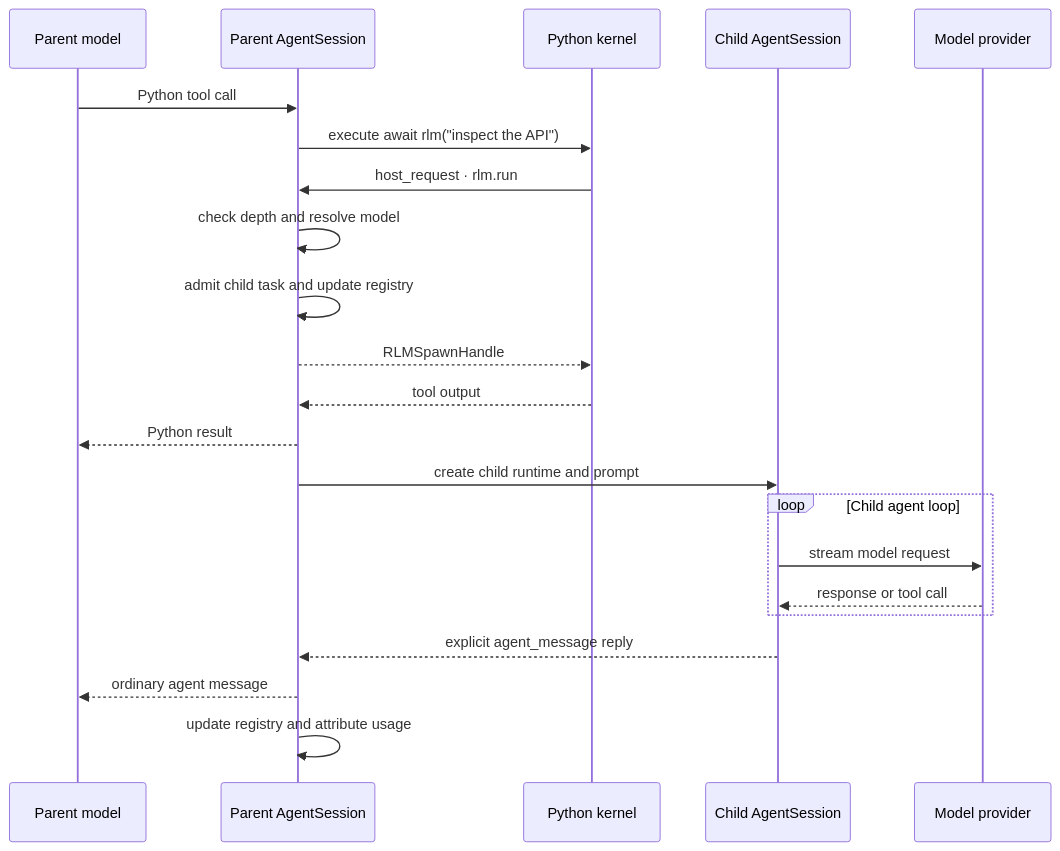
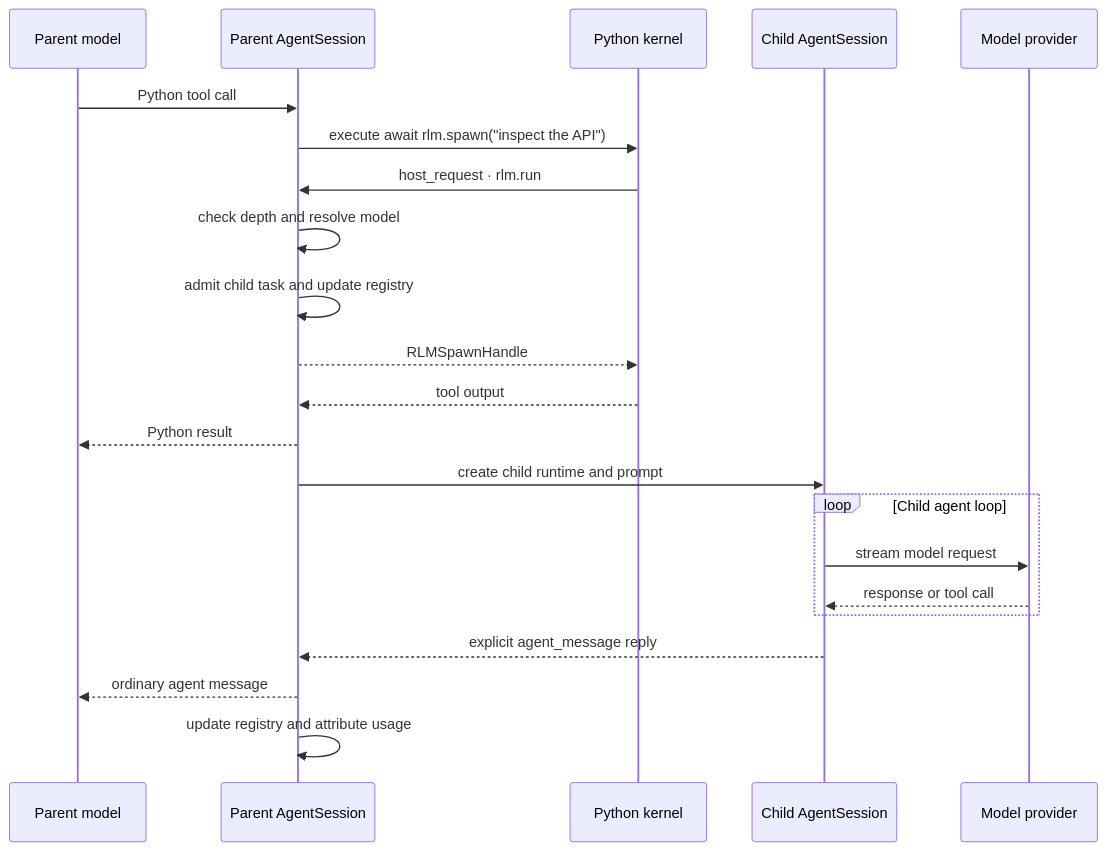
The second of 2 diagrams in packages/coding-agent/docs/rlm-runtime.md (PrimeIntellect-ai/prime-agent), drawn with Mermaid before and after one commit. The commit also changed other lines of this file and 6 other files, not shown here.

First line of the commit message:
update docs to the rlm.spawn call form

````diff
--- a/packages/coding-agent/docs/rlm-runtime.md
+++ b/packages/coding-agent/docs/rlm-runtime.md
@@ -36,25 +36,25 @@
 ```mermaid
 sequenceDiagram
     participant M as Parent model
     participant H as Parent AgentSession
     participant K as Python kernel
     participant C as Child AgentSession
     participant P as Model provider
 
     M->>H: Python tool call
-    H->>K: execute await rlm("inspect the API")
+    H->>K: execute await rlm.spawn("inspect the API")
     K->>H: host_request · rlm.run
     H->>H: check depth and resolve model
     H->>H: admit child task and update registry
     H-->>K: RLMSpawnHandle
     K-->>H: tool output
     H-->>M: Python result
     H->>C: create child runtime and prompt
     loop Child agent loop
         C->>P: stream model request
         P-->>C: response or tool call
     end
     C-->>H: explicit agent_message reply
     H-->>M: ordinary agent message
     H->>H: update registry and attribute usage
 ```
````
